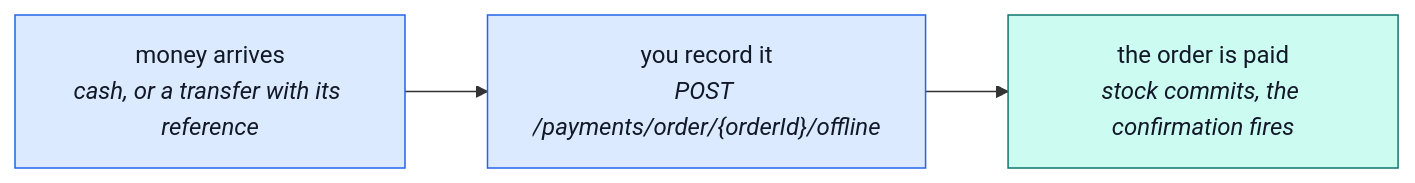
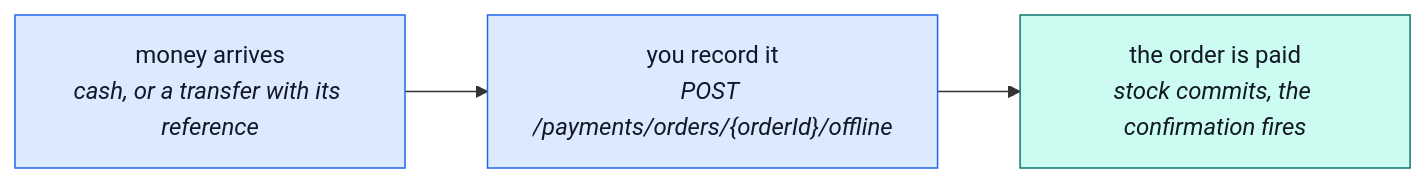
Before and after one commit to Guebbit/boilerplate-node-backend: the third of 3 diagrams in docs/demo-ecommerce/moderator.md, drawn with Mermaid. The commit also changed other lines of this file and 45 other files, not shown here.

First line of the commit message:
feat(payments)!: plural /payments/orders/{orderId} and /delivery/orders/{orderId}

````diff
--- a/docs/demo-ecommerce/moderator.md
+++ b/docs/demo-ecommerce/moderator.md
@@ -76,11 +76,11 @@
 ```mermaid
 %%{init: {'flowchart': {'nodeSpacing': 30, 'rankSpacing': 55}}}%%
 flowchart LR
-    A["money arrives<br/><i>cash, or a transfer with its reference</i>"] --> B["you record it<br/><i>POST /payments/order/{orderId}/offline</i>"]
+    A["money arrives<br/><i>cash, or a transfer with its reference</i>"] --> B["you record it<br/><i>POST /payments/orders/{orderId}/offline</i>"]
     B --> C["the order is paid<br/><i>stock commits, the confirmation fires</i>"]
 
     classDef you fill:#dbeafe,stroke:#2563eb,color:#111827;
     classDef done fill:#ccfbf1,stroke:#0f766e,color:#111827;
     class A,B you;
     class C done;
 ```
````
